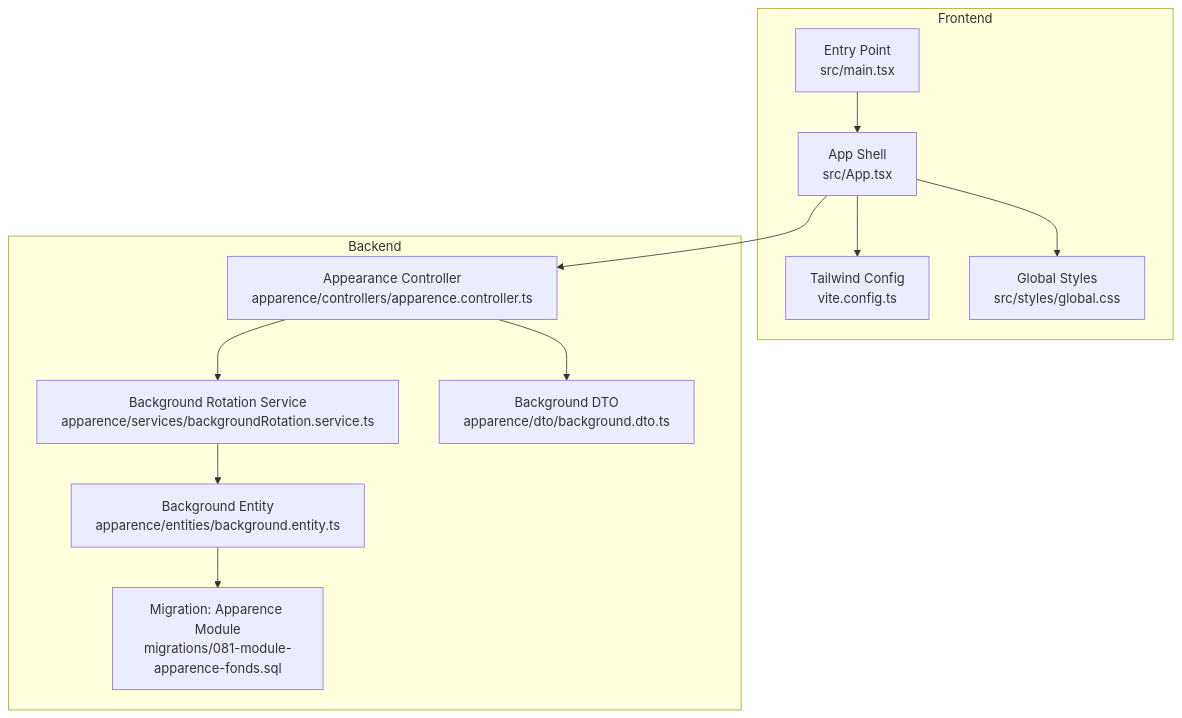
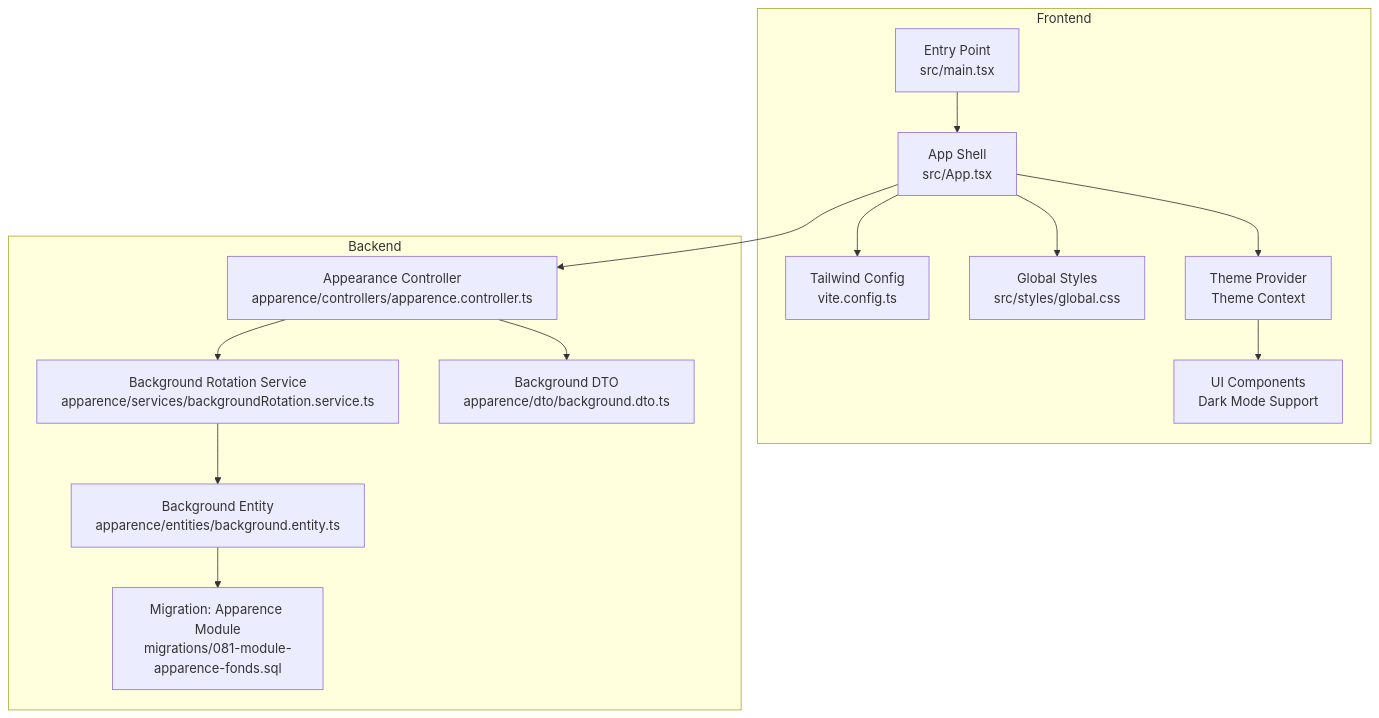
One commit to franckylab/eLISAschool changed the first of 4 diagrams in .qoder/repowiki/en/content/System Architecture/Frontend Architecture/Styling & Theming.md. Above: the diagram before and after it, drawn with Mermaid. The commit also changed other lines of this file and 79 other files, not shown here.

````diff
--- a/.qoder/repowiki/en/content/System Architecture/Frontend Architecture/Styling & Theming.md
+++ b/.qoder/repowiki/en/content/System Architecture/Frontend Architecture/Styling & Theming.md
@@ -35,24 +43,28 @@
 ```mermaid
 graph TB
 subgraph "Frontend"
 A["Tailwind Config<br/>vite.config.ts"]
 B["Global Styles<br/>src/styles/global.css"]
 C["App Shell<br/>src/App.tsx"]
 D["Entry Point<br/>src/main.tsx"]
+E["Theme Provider<br/>Theme Context"]
+F["UI Components<br/>Dark Mode Support"]
 end
 subgraph "Backend"
-E["Background Rotation Service<br/>apparence/services/backgroundRotation.service.ts"]
-F["Appearance Controller<br/>apparence/controllers/apparence.controller.ts"]
-G["Background DTO<br/>apparence/dto/background.dto.ts"]
-H["Background Entity<br/>apparence/entities/background.entity.ts"]
-I["Migration: Apparence Module<br/>migrations/081-module-apparence-fonds.sql"]
+G["Background Rotation Service<br/>apparence/services/backgroundRotation.service.ts"]
+H["Appearance Controller<br/>apparence/controllers/apparence.controller.ts"]
+I["Background DTO<br/>apparence/dto/background.dto.ts"]
+J["Background Entity<br/>apparence/entities/background.entity.ts"]
+K["Migration: Apparence Module<br/>migrations/081-module-apparence-fonds.sql"]
 end
 D --> C
 C --> B
 C --> A
-C --> F
-F --> E
-E --> H
-F --> G
+C --> E
+E --> F
+C --> H
+H --> G
+G --> J
 H --> I
+J --> K
 ```
````
